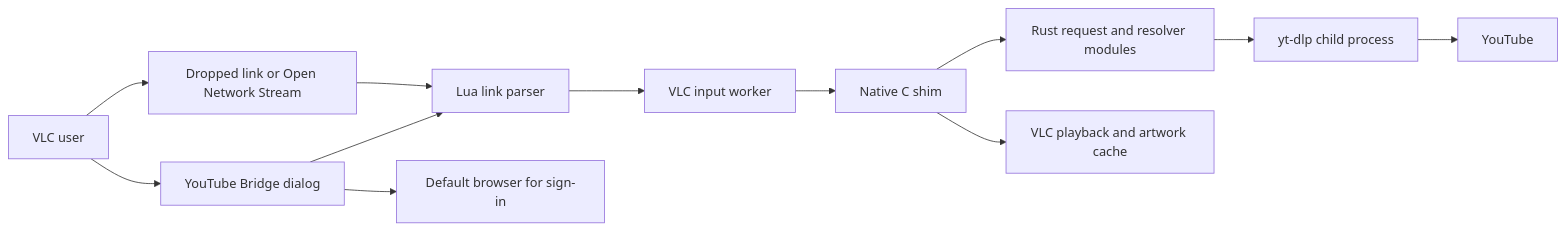
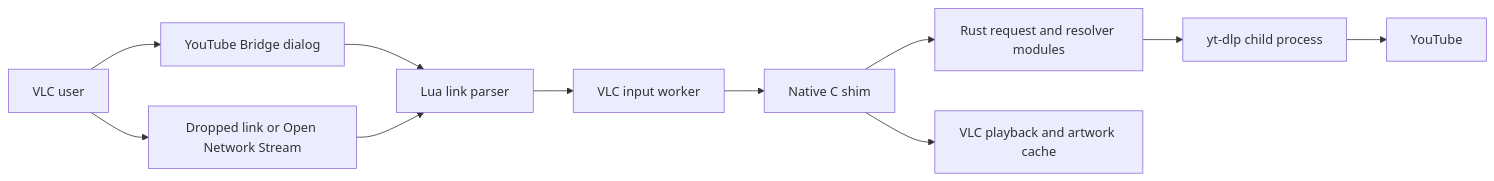
Before and after one commit to envp/vlc-yt-dlp-bridge: the first of 2 diagrams in README.md, drawn with Mermaid. The commit also changed other lines of this file and 7 other files, not shown here.

````diff
--- a/README.md
+++ b/README.md
@@ -46,14 +46,13 @@
 ```mermaid
 flowchart LR
     User["VLC user"] --> Dialog["YouTube Bridge dialog"]
     User --> URL["Dropped link or Open Network Stream"]
     Dialog --> Links["Lua link parser"]
     URL --> Links
     Links --> Input["VLC input worker"]
     Input --> Native["Native C shim"]
     Native --> Rust["Rust request and resolver modules"]
     Rust --> YTDLP["yt-dlp child process"]
     YTDLP --> YouTube["YouTube"]
     Native --> Player["VLC playback and artwork cache"]
-    Dialog --> Browser["Default browser for sign-in"]
 ```
````
